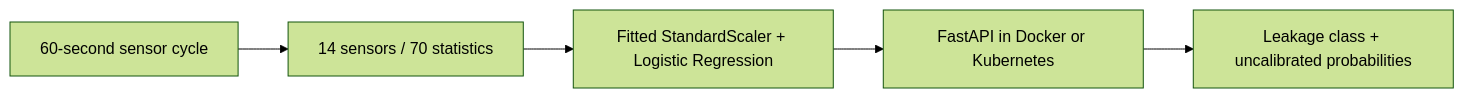
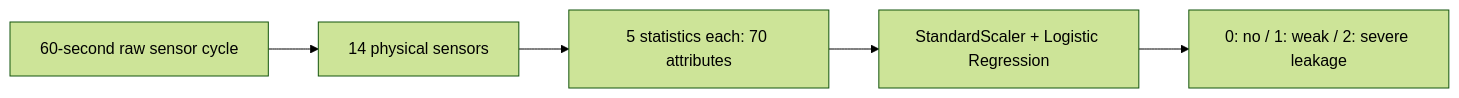
Before and after one commit to Stefancina9888/hydroguard: the diagram in README.md, drawn with Mermaid (forest theme). The commit also changed other lines of this file and 6 other files, not shown here.

````diff
--- a/README.md
+++ b/README.md
@@ -14,7 +98,7 @@
 ```mermaid
 flowchart LR
-    A["60-second sensor cycle"] --> B["14 sensors / 70 statistics"]
-    B --> C["Fitted StandardScaler + Logistic Regression"]
-    C --> D["FastAPI in Docker or Kubernetes"]
-    D --> E["Leakage class + uncalibrated probabilities"]
+    A["60-second raw sensor cycle"] --> B["14 physical sensors"]
+    B --> C["5 statistics each: 70 attributes"]
+    C --> D["StandardScaler + Logistic Regression"]
+    D --> E["0: no / 1: weak / 2: severe leakage"]
 ```
````
